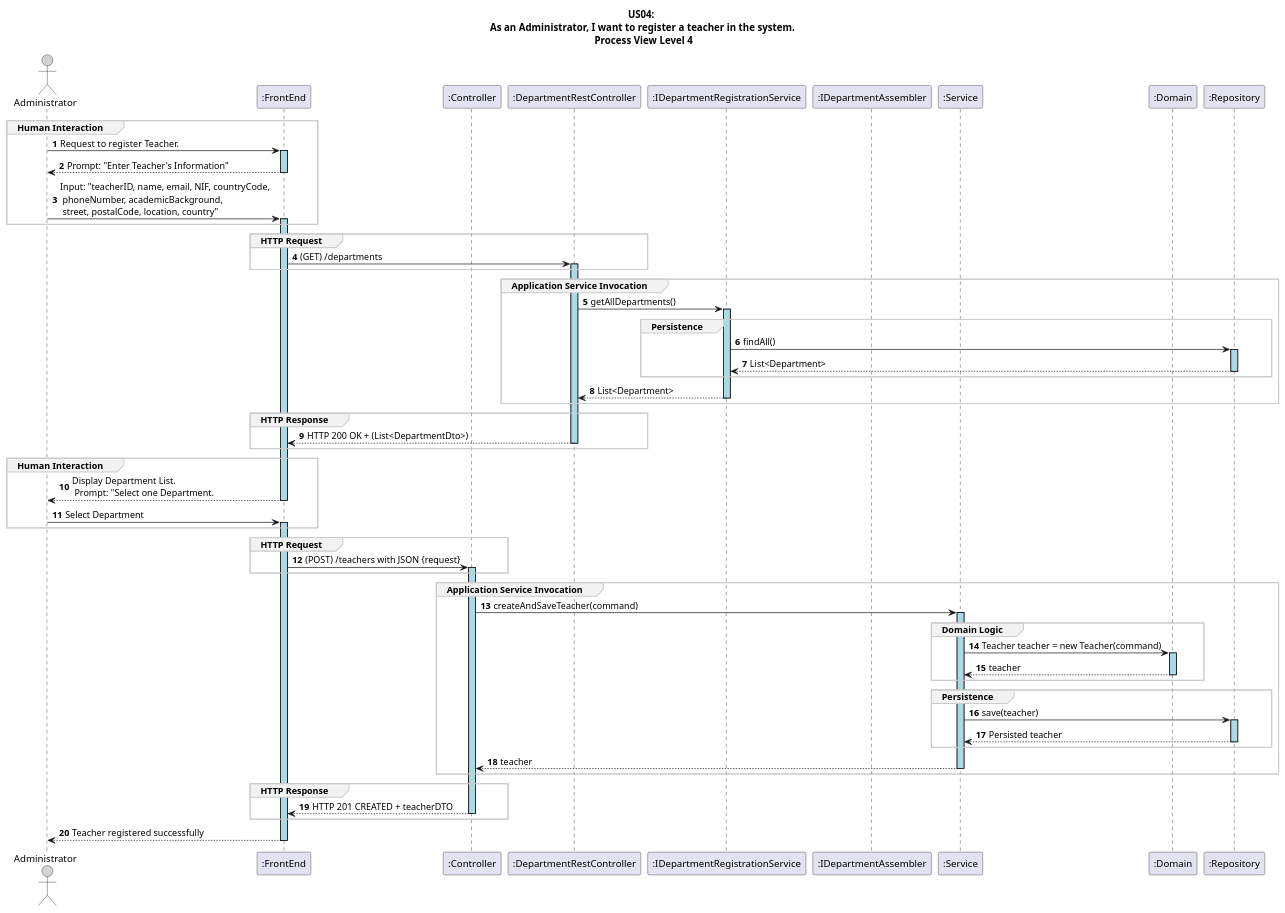
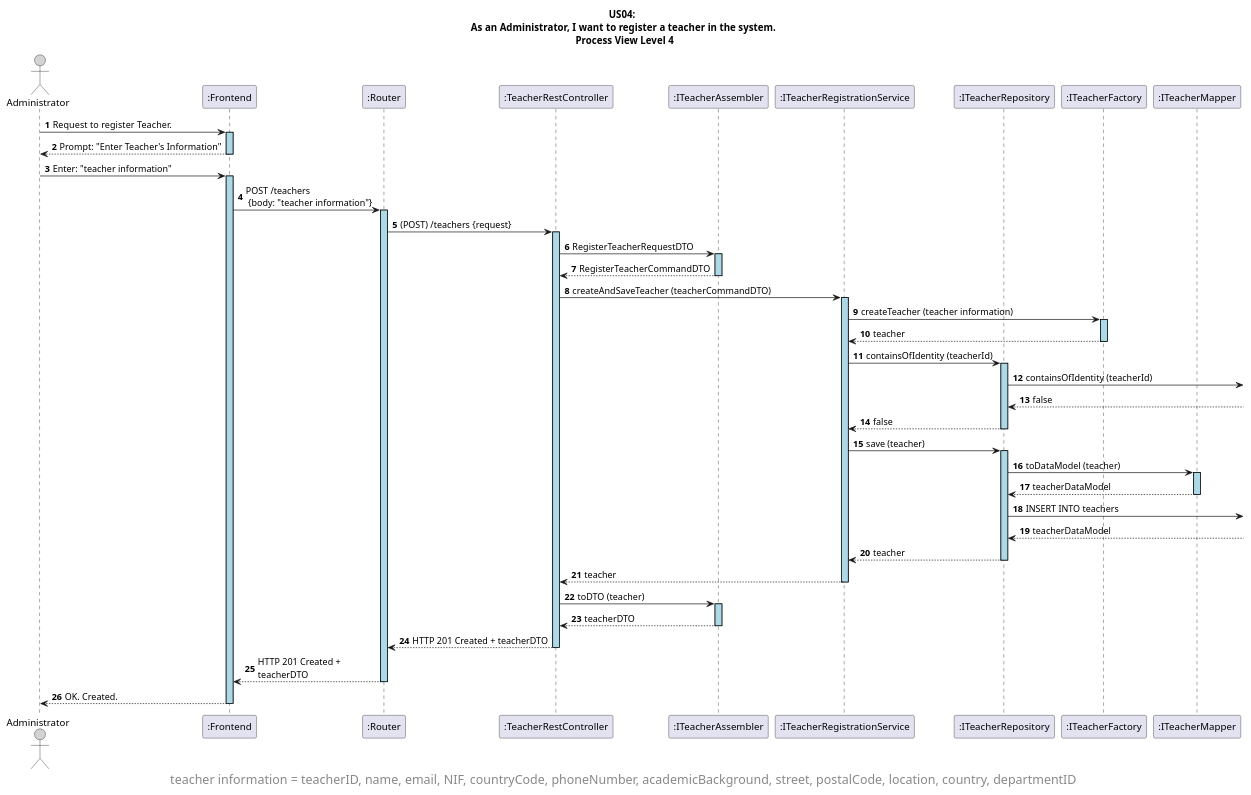
One commit to GasparISEP/DevOps-PAI changed the diagram in docs/US04/Sprint6/ProcessView/Level4.puml. Above: the diagram before and after it, drawn with PlantUML.

Commit message:
refactor(ProcessView Level4.puml): enhance teacher registration process with updated participant roles and interactions. #719

```diff
--- a/docs/US04/Sprint6/ProcessView/Level4.puml
+++ b/docs/US04/Sprint6/ProcessView/Level4.puml
@@ -1,79 +1,71 @@
 @startuml
 
 title US04: \n As an Administrator, I want to register a teacher in the system. \n Process View Level 4
+
 autonumber
-
 skinparam sequence {
     LifelineBorderColor black
     LifelineBackgroundColor LightBlue
     ActorBorderColor black
     ActorBackgroundColor LightGray
     GroupBorderColor #cccccc
     GroupBackgroundColor #f2f2f2
 }
 
-actor Administrator
-participant ":FrontEnd" as FE
-participant ":Controller" as CT
-participant ":DepartmentRestController" as DCT
-participant ":IDepartmentRegistrationService" as DSE
-participant ":IDepartmentAssembler" as DA
-participant ":Service" as SE
-participant ":Domain" as DM
-participant ":Repository" as RE
+actor "Administrator" as ADM
+participant ":Frontend" as FE
+participant ":Router" as RT
+participant ":TeacherRestController" as CT
+participant ":ITeacherAssembler" as AS
+participant ":ITeacherRegistrationService" as SE
+participant ":ITeacherRepository" as RP
+participant ":ITeacherFactory" as FT
+participant ":ITeacherMapper" as MP
+
+
+ADM -> FE ++: Request to register Teacher.
+FE --> ADM --: Prompt: "Enter Teacher's Information"
+ADM -> FE ++: Enter: "teacher information"
+
+FE -> RT ++: POST /teachers \n {body: "teacher information"}
+RT -> CT ++: (POST) /teachers {request}
+CT -> AS ++: RegisterTeacherRequestDTO
+AS --> CT --: RegisterTeacherCommandDTO
 
 
 
-group Human Interaction
-Administrator -> FE ++: Request to register Teacher.
-FE --> Administrator --: Prompt: "Enter Teacher's Information"
-Administrator -> FE ++: Input: "teacherID, name, email, NIF, countryCode, \n phoneNumber, academicBackground, \n street, postalCode, location, country"
-end group
 
-group HTTP Request
-FE -> DCT ++: (GET) /departments
-end group
+CT -> SE ++: createAndSaveTeacher (teacherCommandDTO)
+SE -> FT ++: createTeacher (teacher information)
+FT --> SE --: teacher
 
-group Application Service Invocation
-DCT -> DSE ++: getAllDepartments()
 
-group Persistence
-DSE -> RE ++: findAll()
-RE --> DSE --: List<Department>
-end group
 
-DSE --> DCT --: List<Department>
-end group
+SE -> RP ++: containsOfIdentity (teacherId)
+RP -> : containsOfIdentity (teacherId)
+RP <-- : false
+RP --> SE --: false
 
-group HTTP Response
-DCT --> FE--:  HTTP 200 OK + (List<DepartmentDto>)
-end group
 
-group Human Interaction
-FE --> Administrator --: Display Department List. \n Prompt: "Select one Department.
-Administrator -> FE ++: Select Department
-end group
 
-group HTTP Request
-FE -> CT ++: (POST) /teachers with JSON {request}
-end group
+SE -> RP ++: save (teacher)
+RP -> MP ++: toDataModel (teacher)
+MP --> RP --: teacherDataModel
+RP -> : INSERT INTO teachers
+RP <-- : teacherDataModel
+RP --> SE --: teacher
 
-group Application Service Invocation
-CT -> SE ++: createAndSaveTeacher(command)
-group Domain Logic
-SE -> DM ++: Teacher teacher = new Teacher(command)
-DM --> SE --: teacher
-end group
-group Persistence
-SE -> RE ++: save(teacher)
-RE --> SE --: Persisted teacher
-end group
+
 SE --> CT --: teacher
-end group
-group HTTP Response
-CT --> FE --: HTTP 201 CREATED + teacherDTO
-end group
-FE --> Administrator --: Teacher registered successfully
-'TA --> RC --: teacherAcronym, name, email, nif, phoneNumber,\n academicBackground,street,postalcode,location,country, departmentID
-'
+CT -> AS ++: toDTO (teacher)
+AS --> CT --: teacherDTO
+
+
+
+CT --> RT --: HTTP 201 Created + teacherDTO
+RT --> FE --: HTTP 201 Created + \nteacherDTO
+FE --> ADM --: OK. Created.
+
+footer <size:18>teacher information = teacherID, name, email, NIF, countryCode, phoneNumber, academicBackground, street, postalCode, location, country, departmentID</size>
+
 @enduml
```
